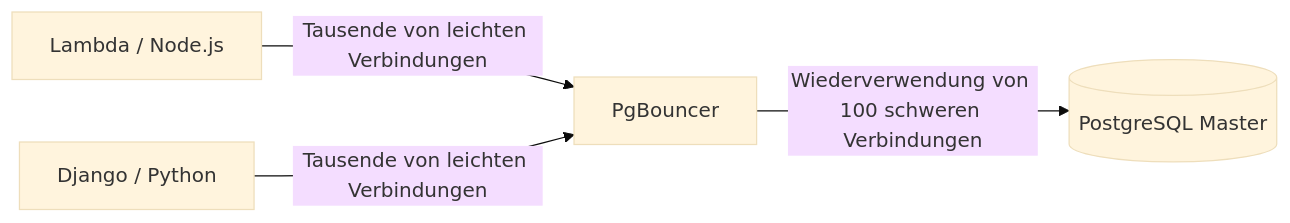
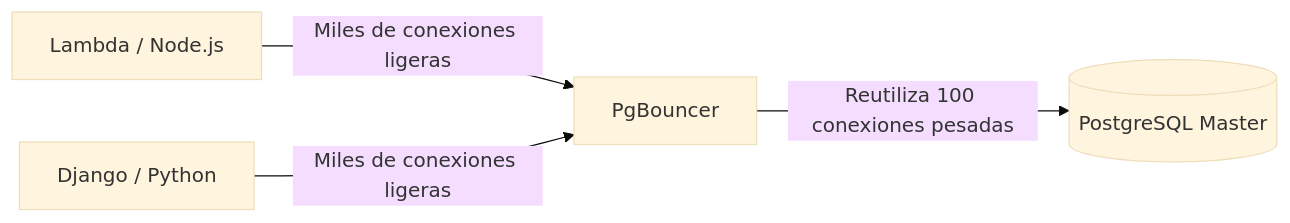
The first of 2 diagrams in public/docs/de/postgres_maestro.md (gjpierp/nmergeia), drawn with Mermaid (base theme) before and after one commit. The commit also changed other lines of this file and 518 other files, not shown here.

````diff
--- a/public/docs/de/postgres_maestro.md
+++ b/public/docs/de/postgres_maestro.md
@@ -13,7 +13,7 @@
 ```mermaid
 graph LR
-    API1[Lambda / Node.js] -->|Tausende von leichten Verbindungen| PgBouncer[PgBouncer]
-    API2[Django / Python] -->|Tausende von leichten Verbindungen| PgBouncer
+    API1[Lambda / Node.js] -->|Miles de conexiones ligeras| PgBouncer[PgBouncer]
+    API2[Django / Python] -->|Miles de conexiones ligeras| PgBouncer
     
-    PgBouncer -->|Wiederverwendung von 100 schweren Verbindungen| DB[(PostgreSQL Master)]
+    PgBouncer -->|Reutiliza 100 conexiones pesadas| DB[(PostgreSQL Master)]
 ```
````
